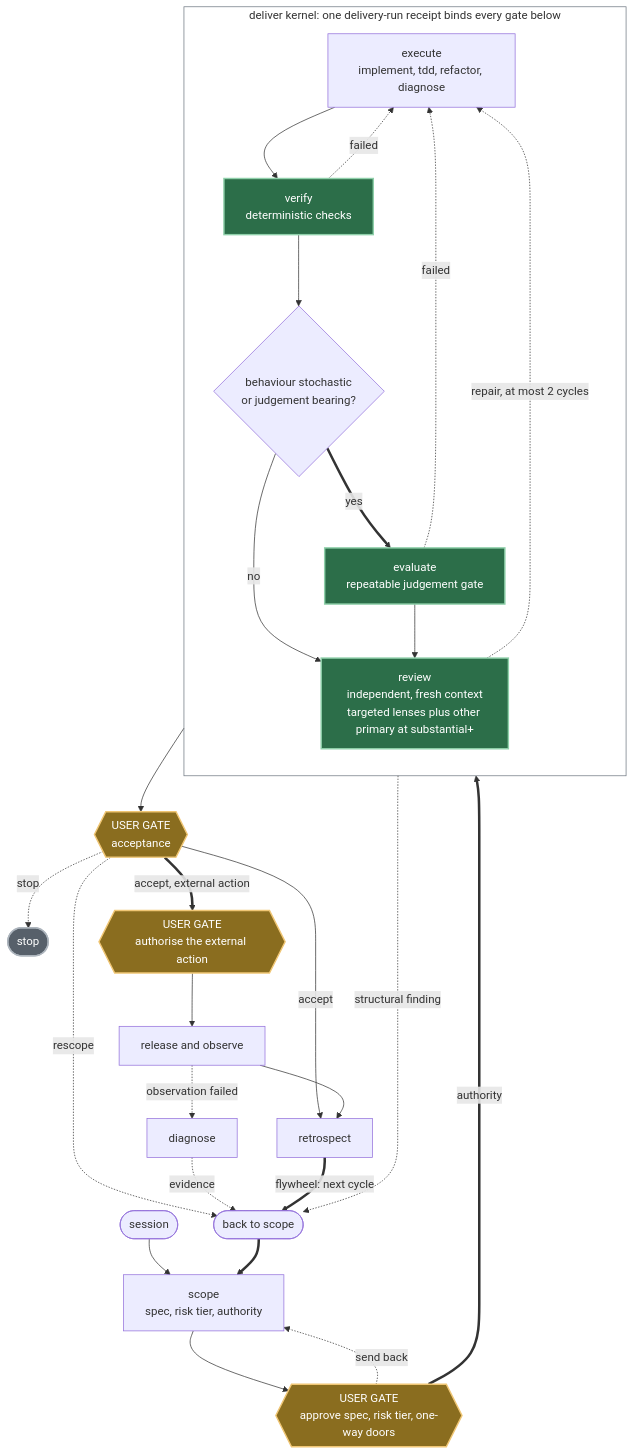
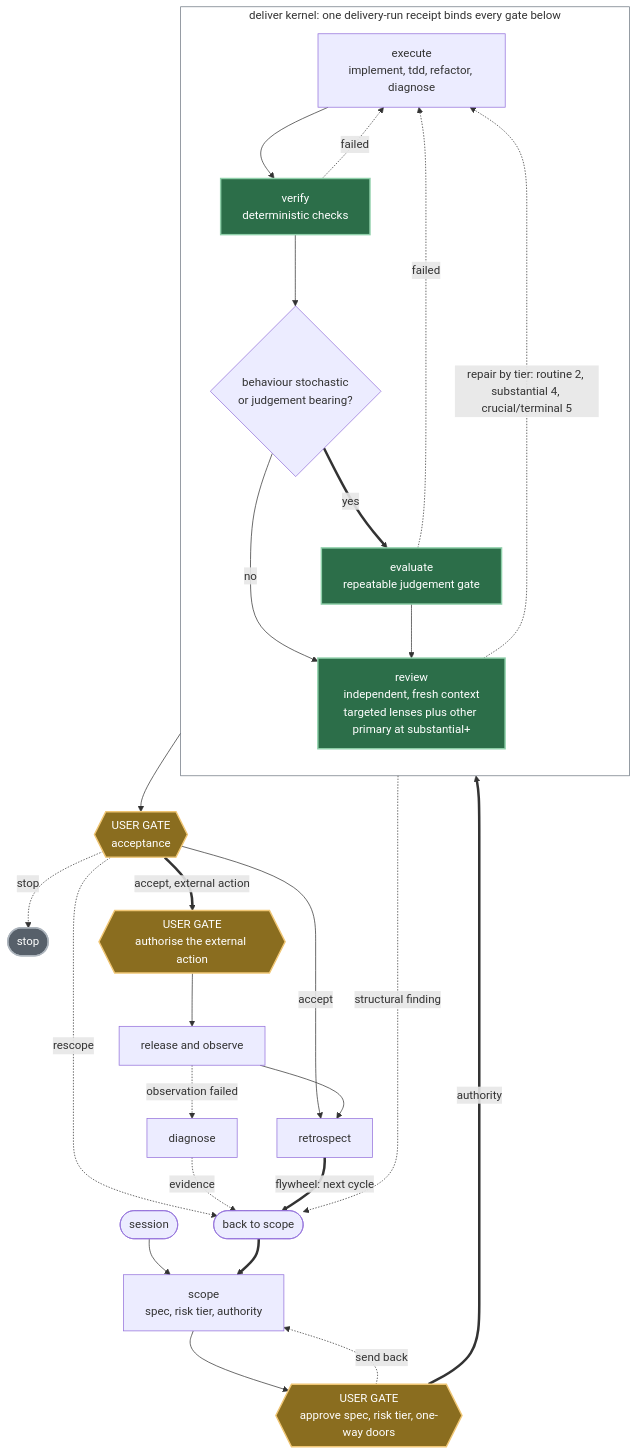
Before and after one commit to mblauberg/provenant: the first of 3 diagrams in docs/ARCHITECTURE.md, drawn with Mermaid. The commit also changed 9 other files, not shown here.

First line of the commit message:
feat(deliver): scale the repair-cycle budget by risk tier (#540)

````diff
--- a/docs/ARCHITECTURE.md
+++ b/docs/ARCHITECTURE.md
@@ -46,43 +46,43 @@
 ```mermaid
 flowchart TB
     accTitle: The full delivery lifecycle and its three user gates
-    accDescr: Session prepares context and scope produces the specification, risk tier and authority. A user gate approves the specification or sends it back to scope. Inside the deliver kernel, execute runs implement, tdd, refactor or diagnose, then deterministic verification runs, then a separate conditional evaluate gate runs only when behaviour is stochastic or judgement bearing, then independent targeted review and other-primary review run in fresh contexts that never authored the work. Review pressure scales with risk according to HARNESS.md, with stronger targeted and adversarial pressure at terminal. A failed check or blocking finding returns to execute for at most 2 repair cycles — a guardrail against unbounded loops, not a target. The user acceptance gate accepts, rescopes or stops. Any external action needs a separate user authorisation before release and observation. A failed observation opens diagnose. Every path that returns work to scope, a structural review finding, a rescope at the acceptance gate, diagnostic evidence and the retrospect flywheel, converges on one back-to-scope collector rather than five separate return edges.
+    accDescr: Session prepares context and scope produces the specification, risk tier and authority. A user gate approves the specification or sends it back to scope. Inside the deliver kernel, execute runs implement, tdd, refactor or diagnose, then deterministic verification runs, then a separate conditional evaluate gate runs only when behaviour is stochastic or judgement bearing, then independent targeted review and other-primary review run in fresh contexts that never authored the work. Review pressure scales with risk according to HARNESS.md, with stronger targeted and adversarial pressure at terminal. A failed check or blocking finding returns to execute under the risk-tier repair budget: routine 2 cycles, substantial 4, and crucial and terminal 5 — a guardrail against unbounded loops, not a target. The user acceptance gate accepts, rescopes or stops. Any external action needs a separate user authorisation before release and observation. A failed observation opens diagnose. Every path that returns work to scope, a structural review finding, a rescope at the acceptance gate, diagnostic evidence and the retrospect flywheel, converges on one back-to-scope collector rather than five separate return edges.
     SE(["session"]) --> SC["scope<br/>spec, risk tier, authority"]
     SC --> G1{{"USER GATE<br/>approve spec, risk tier, one-way doors"}}
     G1 -. "send back" .-> SC
     G1 == "authority" ==> DEL
 
     subgraph DEL["deliver kernel: one delivery-run receipt binds every gate below"]
       direction TB
       EX["execute<br/>implement, tdd, refactor, diagnose"] --> VF["verify<br/>deterministic checks"]
       VF -. "failed" .-> EX
       VF --> Q{"behaviour stochastic<br/>or judgement bearing?"}
       Q -- "no" --> RV
       Q == "yes" ==> EV["evaluate<br/>repeatable judgement gate"]
       EV -. "failed" .-> EX
       EV --> RV["review<br/>independent, fresh context<br/>targeted lenses plus other primary at substantial+"]
-      RV -. "repair, at most 2 cycles" .-> EX
+      RV -. "repair by tier: routine 2, substantial 4, crucial/terminal 5" .-> EX
     end
 
     RV --> G2{{"USER GATE<br/>acceptance"}}
     G2 -. "stop" .-> HALT(["stop"])
     G2 -- "accept" --> RT["retrospect"]
     G2 == "accept, external action" ==> G3{{"USER GATE<br/>authorise the external action"}}
     G3 --> RL["release and observe"]
     RL -. "observation failed" .-> DG["diagnose"]
     RL --> RT
 
     RV -. "structural finding" .-> RS
     G2 -. "rescope" .-> RS
     DG -. "evidence" .-> RS
     RT == "flywheel: next cycle" ==> RS
     RS(["back to scope"]) ==> SC
 
     classDef user fill:#8a6d1f,stroke:#f0c674,color:#ffffff,stroke-width:2px
     classDef blocking fill:#2c6e49,stroke:#8fd0aa,color:#ffffff,stroke-width:2px
     classDef inert fill:#57606a,stroke:#adb5bd,color:#ffffff,stroke-width:2px
     class G1,G2,G3 user
     class VF,EV,RV blocking
     class HALT inert
     style DEL fill:none,stroke:#6e7781,stroke-width:1px
 ```
````
